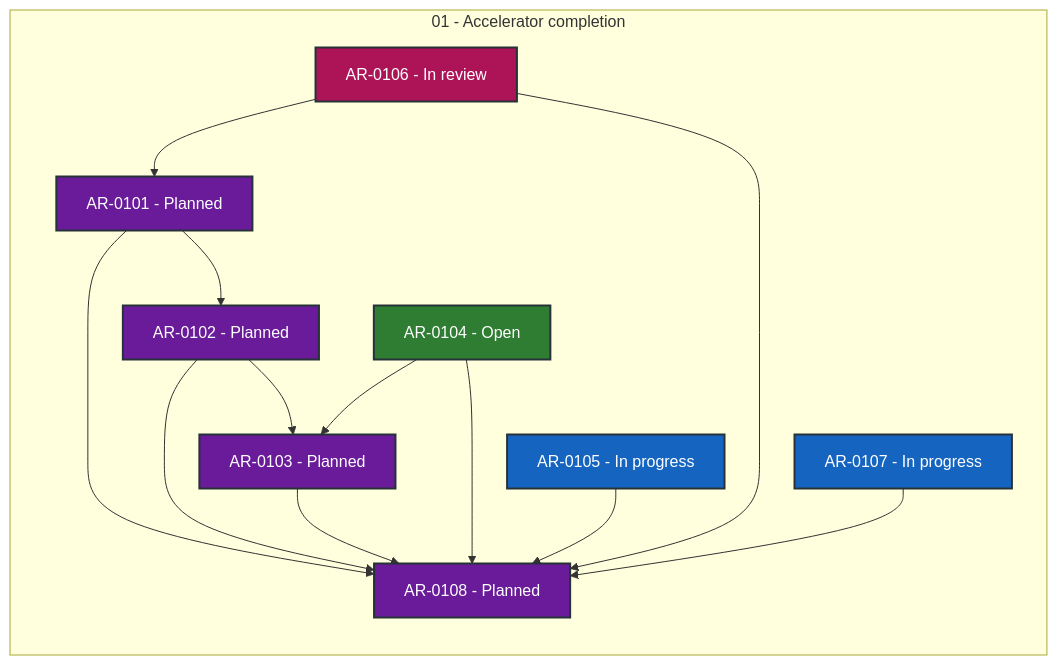
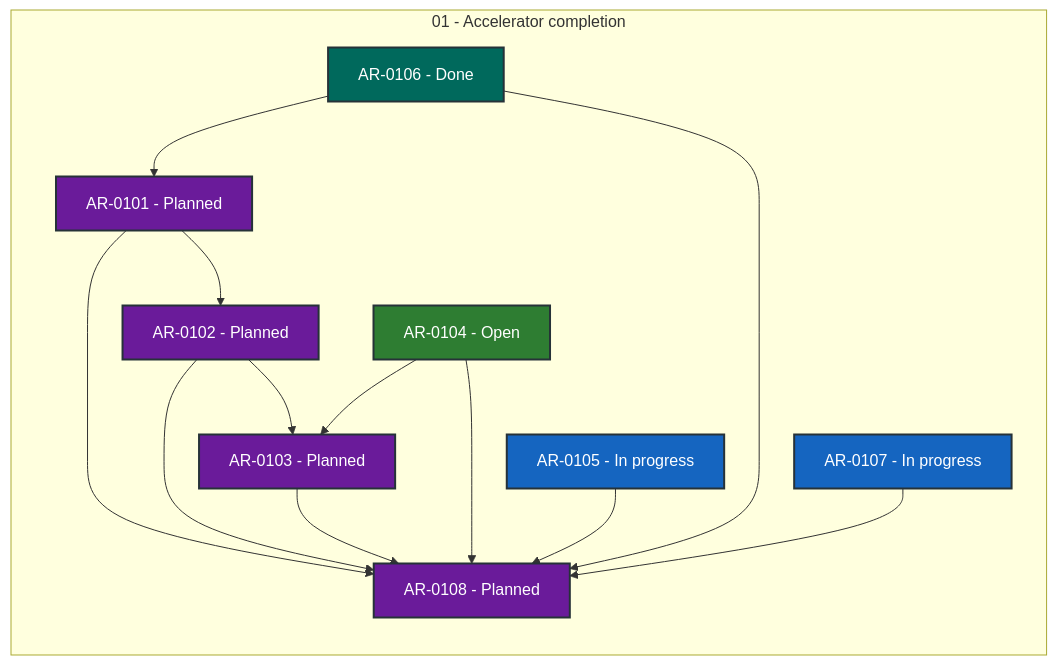
The diagram in coordination/STATUS.md (locutus3009/exgame), drawn with Mermaid before and after one commit. The commit also changed other lines of this file and 2 other files, not shown here.

Commit message:
chore(state): review AR-0106

````diff
--- a/coordination/STATUS.md
+++ b/coordination/STATUS.md
@@ -28,34 +28,34 @@
 ```mermaid
 flowchart LR
     subgraph series_01["01 - Accelerator completion"]
         direction TB
         AR_0101["AR-0101 - Planned"]:::status_planned
         AR_0102["AR-0102 - Planned"]:::status_planned
         AR_0103["AR-0103 - Planned"]:::status_planned
         AR_0104["AR-0104 - Open"]:::status_open
         AR_0105["AR-0105 - In progress"]:::status_in_progress
-        AR_0106["AR-0106 - In review"]:::status_in_review
+        AR_0106["AR-0106 - Done"]:::status_done
         AR_0107["AR-0107 - In progress"]:::status_in_progress
         AR_0108["AR-0108 - Planned"]:::status_planned
     end
     AR_0101 --> AR_0102
     AR_0101 --> AR_0108
     AR_0102 --> AR_0103
     AR_0102 --> AR_0108
     AR_0103 --> AR_0108
     AR_0104 --> AR_0103
     AR_0104 --> AR_0108
     AR_0105 --> AR_0108
     AR_0106 --> AR_0101
     AR_0106 --> AR_0108
     AR_0107 --> AR_0108
     classDef status_in_progress fill:#1565c0,color:#ffffff,stroke:#263238,stroke-width:2px
     classDef status_in_review fill:#ad1457,color:#ffffff,stroke:#263238,stroke-width:2px
     classDef status_open fill:#2e7d32,color:#ffffff,stroke:#263238,stroke-width:2px
     classDef status_blocked fill:#c62828,color:#ffffff,stroke:#263238,stroke-width:2px
     classDef status_planned fill:#6a1b9a,color:#ffffff,stroke:#263238,stroke-width:2px
     classDef status_future fill:#455a64,color:#ffffff,stroke:#263238,stroke-width:2px
     classDef status_done fill:#00695c,color:#ffffff,stroke:#263238,stroke-width:2px
     classDef status_cancelled fill:#616161,color:#ffffff,stroke:#263238,stroke-width:2px
     classDef status_superseded fill:#5d4037,color:#ffffff,stroke:#263238,stroke-width:2px
 ```
````
